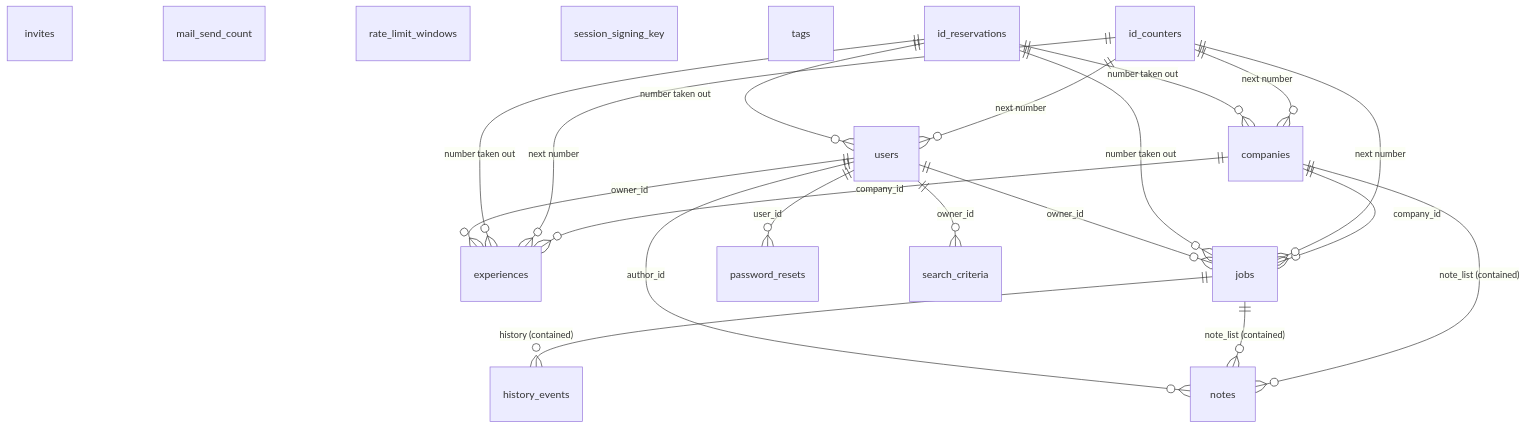
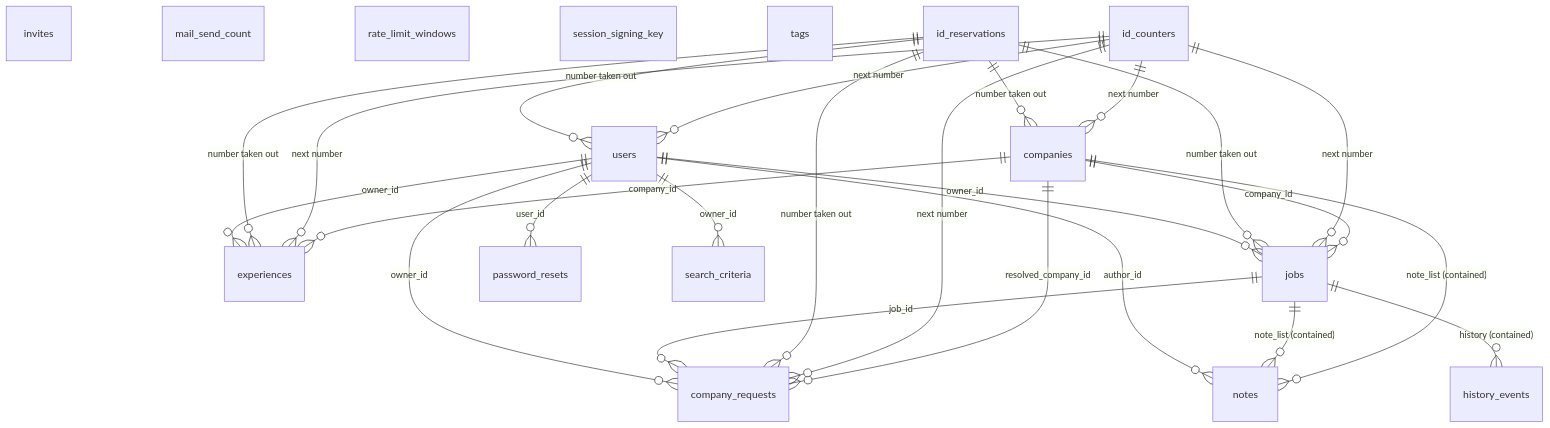
One commit to jozzian-agent/careeros-work-copy changed the second of 2 diagrams in docs/as-built/data.md. Above: the diagram before and after it, drawn with Mermaid. The commit also changed other lines of this file and 21 other files, not shown here.

````diff
--- a/docs/as-built/data.md
+++ b/docs/as-built/data.md
@@ -396,26 +406,31 @@
 ```mermaid
 erDiagram
     invites
     mail_send_count
     rate_limit_windows
     session_signing_key
     tags
+    companies ||--o{ company_requests : "resolved_company_id"
     companies ||--o{ experiences : "company_id"
     companies ||--o{ jobs : "company_id"
     companies ||--o{ notes : "note_list (contained)"
     id_counters ||--o{ companies : "next number"
+    id_counters ||--o{ company_requests : "next number"
     id_counters ||--o{ experiences : "next number"
     id_counters ||--o{ jobs : "next number"
     id_counters ||--o{ users : "next number"
     id_reservations ||--o{ companies : "number taken out"
+    id_reservations ||--o{ company_requests : "number taken out"
     id_reservations ||--o{ experiences : "number taken out"
     id_reservations ||--o{ jobs : "number taken out"
     id_reservations ||--o{ users : "number taken out"
+    jobs ||--o{ company_requests : "job_id"
     jobs ||--o{ history_events : "history (contained)"
     jobs ||--o{ notes : "note_list (contained)"
+    users ||--o{ company_requests : "owner_id"
     users ||--o{ experiences : "owner_id"
     users ||--o{ jobs : "owner_id"
     users ||--o{ notes : "author_id"
     users ||--o{ password_resets : "user_id"
     users ||--o{ search_criteria : "owner_id"
 ```
````
